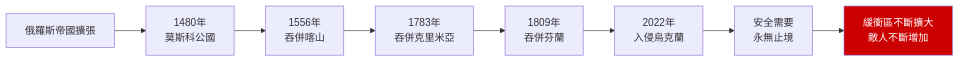
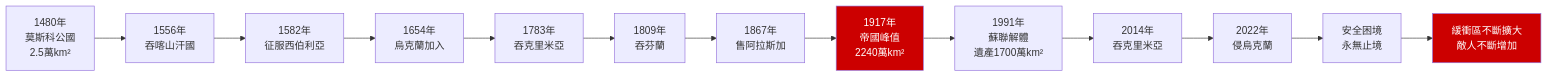
Before and after one commit to yip-lgtm/HKU-Harvard-History-Self-Study: the fourth of 5 diagrams in 01_HKU_Courses/HIST2103_Russian_State_and_Society.md, drawn with Mermaid. The commit also changed other lines of this file and 12 other files, not shown here.

````diff
--- a/01_HKU_Courses/HIST2103_Russian_State_and_Society.md
+++ b/01_HKU_Courses/HIST2103_Russian_State_and_Society.md
@@ -329,13 +391,19 @@
 ```mermaid
 graph LR
-    A[俄羅斯帝國擴張] --> B[1480年<br/>莫斯科公國]
-    B --> C[1556年<br/>吞併喀山]
-    C --> D[1783年<br/>吞併克里米亞]
-    D --> E[1809年<br/>吞併芬蘭]
-    E --> F[2022年<br/>入侵烏克蘭]
+    A["1480年<br/>莫斯科公國<br/>2.5萬km²"] --> B["1556年<br/>吞喀山汗國"]
+    B --> C["1582年<br/>征服西伯利亞"]
+    C --> D["1654年<br/>烏克蘭加入"]
+    D --> E["1783年<br/>吞克里米亞"]
+    E --> F["1809年<br/>吞芬蘭"]
+    F --> G["1867年<br/>售阿拉斯加"]
+    G --> H["1917年<br/>帝國峰值<br/>2240萬km²"]
+    H --> I["1991年<br/>蘇聯解體<br/>遺產1700萬km²"]
+    I --> J["2014年<br/>吞克里米亞"]
+    J --> K["2022年<br/>侵烏克蘭"]
     
-    F --> F1["安全需要"<br/>永無止境]
-    F1 --> F2["緩衝區"不斷擴大<br/>敵人不斷增加]
+    K --> K1["安全困境<br/>永無止境"]
+    K1 --> K2["緩衝區不斷擴大<br/>敵人不斷增加"]
     
-    style F2 fill:#c00,color:#fff
+    style H fill:#c00,color:#fff
+    style K2 fill:#c00,color:#fff
 ```
````
